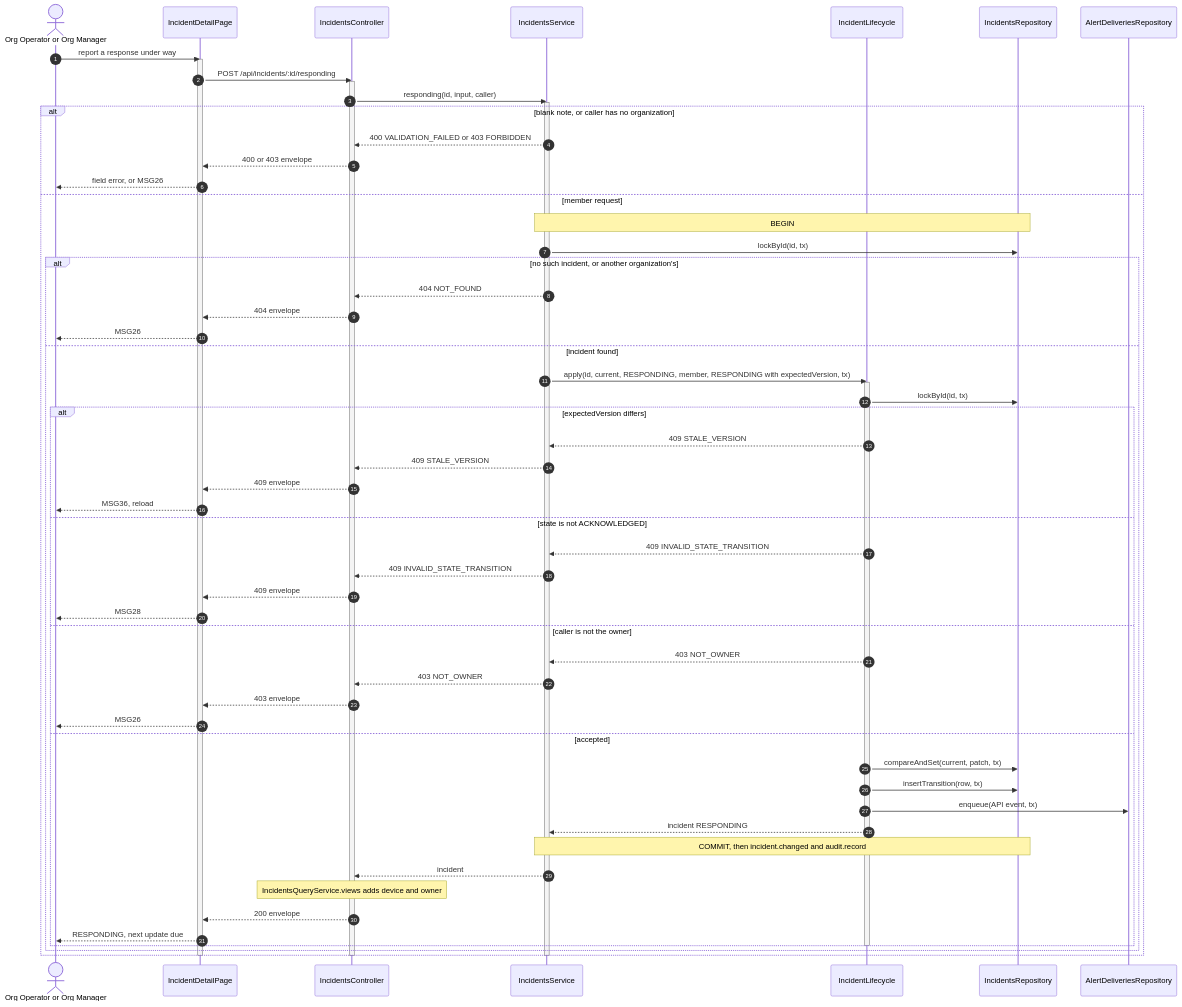
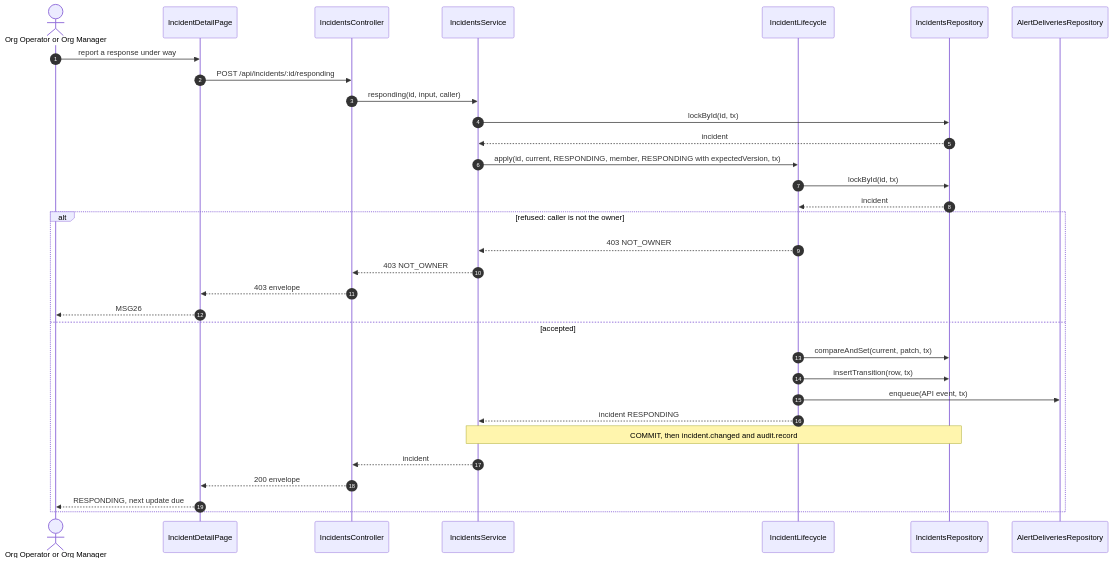
Before and after one commit to TrekLink-Team/treklink-web: the second of 2 diagrams in specs/incidents/api-design/04-post-incidents-id-responding.md, drawn with Mermaid. The commit also changed 8 other files, not shown here.

First line of the commit message:
docs: keep one alt and no activation lines in the incidents sequences

````diff
--- a/specs/incidents/api-design/04-post-incidents-id-responding.md
+++ b/specs/incidents/api-design/04-post-incidents-id-responding.md
@@ -248,64 +248,34 @@
 ```mermaid
 sequenceDiagram
     autonumber
     actor U as Org Operator or Org Manager
     participant P as IncidentDetailPage
     participant Ctl as IncidentsController
     participant Svc as IncidentsService
     participant L as IncidentLifecycle
     participant R as IncidentsRepository
     participant Ob as AlertDeliveriesRepository
     U->>P: report a response under way
-    activate P
     P->>Ctl: POST /api/incidents/:id/responding
-    activate Ctl
     Ctl->>Svc: responding(id, input, caller)
-    activate Svc
-    alt blank note, or caller has no organization
-        Svc-->>Ctl: 400 VALIDATION_FAILED or 403 FORBIDDEN
-        Ctl-->>P: 400 or 403 envelope
-        P-->>U: field error, or MSG26
-    else member request
-        Note over Svc,R: BEGIN
-        Svc->>R: lockById(id, tx)
-        alt no such incident, or another organization's
-            Svc-->>Ctl: 404 NOT_FOUND
-            Ctl-->>P: 404 envelope
-            P-->>U: MSG26
-        else incident found
-            Svc->>L: apply(id, current, RESPONDING, member, RESPONDING with expectedVersion, tx)
-            activate L
-            L->>R: lockById(id, tx)
-            alt expectedVersion differs
-                L-->>Svc: 409 STALE_VERSION
-                Svc-->>Ctl: 409 STALE_VERSION
-                Ctl-->>P: 409 envelope
-                P-->>U: MSG36, reload
-            else state is not ACKNOWLEDGED
-                L-->>Svc: 409 INVALID_STATE_TRANSITION
-                Svc-->>Ctl: 409 INVALID_STATE_TRANSITION
-                Ctl-->>P: 409 envelope
-                P-->>U: MSG28
-            else caller is not the owner
-                L-->>Svc: 403 NOT_OWNER
-                Svc-->>Ctl: 403 NOT_OWNER
-                Ctl-->>P: 403 envelope
-                P-->>U: MSG26
-            else accepted
-                L->>R: compareAndSet(current, patch, tx)
-                L->>R: insertTransition(row, tx)
-                L->>Ob: enqueue(API event, tx)
-                L-->>Svc: incident RESPONDING
-                Note over Svc,R: COMMIT, then incident.changed and audit.record
-                Svc-->>Ctl: incident
-                Note over Ctl: IncidentsQueryService.views adds device and owner
-                Ctl-->>P: 200 envelope
-                P-->>U: RESPONDING, next update due
-            end
-            deactivate L
-        end
+    Svc->>R: lockById(id, tx)
+    R-->>Svc: incident
+    Svc->>L: apply(id, current, RESPONDING, member, RESPONDING with expectedVersion, tx)
+    L->>R: lockById(id, tx)
+    R-->>L: incident
+    alt refused: caller is not the owner
+        L-->>Svc: 403 NOT_OWNER
+        Svc-->>Ctl: 403 NOT_OWNER
+        Ctl-->>P: 403 envelope
+        P-->>U: MSG26
+    else accepted
+        L->>R: compareAndSet(current, patch, tx)
+        L->>R: insertTransition(row, tx)
+        L->>Ob: enqueue(API event, tx)
+        L-->>Svc: incident RESPONDING
+        Note over Svc,R: COMMIT, then incident.changed and audit.record
+        Svc-->>Ctl: incident
+        Ctl-->>P: 200 envelope
+        P-->>U: RESPONDING, next update due
     end
-    deactivate Svc
-    deactivate Ctl
-    deactivate P
 ```
````
